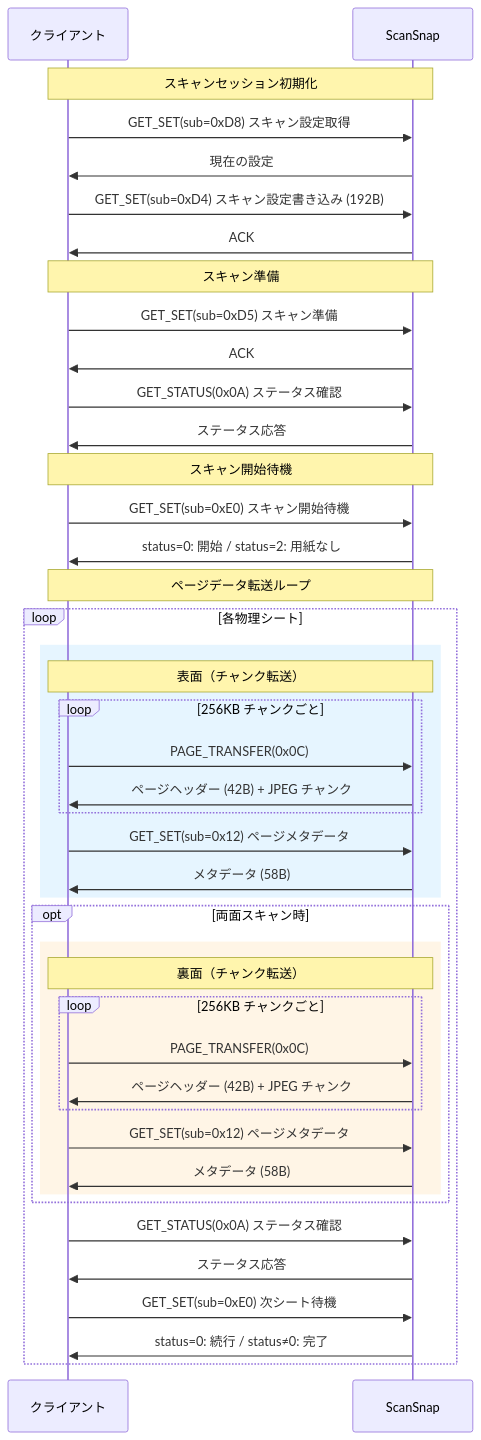
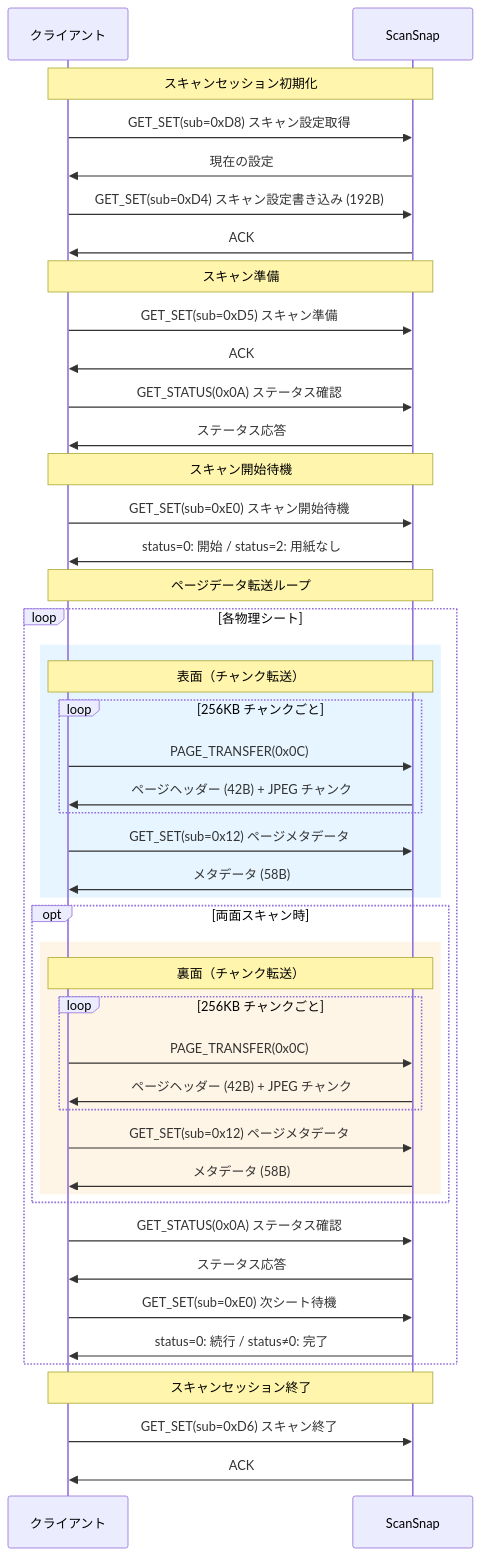
One commit to mzyy94/AirScap changed the third of 4 diagrams in protocol.md. Above: the diagram before and after it, drawn with Mermaid. The commit also changed other lines of this file and 6 other files, not shown here.

````diff
--- a/protocol.md
+++ b/protocol.md
@@ -701,49 +712,53 @@
 ```mermaid
 sequenceDiagram
     participant C as クライアント
     participant S as ScanSnap
 
     Note over C,S: スキャンセッション初期化
     C->>S: GET_SET(sub=0xD8) スキャン設定取得
     S->>C: 現在の設定
     C->>S: GET_SET(sub=0xD4) スキャン設定書き込み (192B)
     S->>C: ACK
 
     Note over C,S: スキャン準備
     C->>S: GET_SET(sub=0xD5) スキャン準備
     S->>C: ACK
     C->>S: GET_STATUS(0x0A) ステータス確認
     S->>C: ステータス応答
 
     Note over C,S: スキャン開始待機
     C->>S: GET_SET(sub=0xE0) スキャン開始待機
     S->>C: status=0: 開始 / status=2: 用紙なし
 
     Note over C,S: ページデータ転送ループ
     loop 各物理シート
         rect rgb(230, 245, 255)
             Note over C,S: 表面（チャンク転送）
             loop 256KB チャンクごと
                 C->>S: PAGE_TRANSFER(0x0C)
                 S->>C: ページヘッダー (42B) + JPEG チャンク
             end
             C->>S: GET_SET(sub=0x12) ページメタデータ
             S->>C: メタデータ (58B)
         end
         opt 両面スキャン時
             rect rgb(255, 245, 230)
                 Note over C,S: 裏面（チャンク転送）
                 loop 256KB チャンクごと
                     C->>S: PAGE_TRANSFER(0x0C)
                     S->>C: ページヘッダー (42B) + JPEG チャンク
                 end
                 C->>S: GET_SET(sub=0x12) ページメタデータ
                 S->>C: メタデータ (58B)
             end
         end
         C->>S: GET_STATUS(0x0A) ステータス確認
         S->>C: ステータス応答
         C->>S: GET_SET(sub=0xE0) 次シート待機
         S->>C: status=0: 続行 / status≠0: 完了
     end
+
+    Note over C,S: スキャンセッション終了
+    C->>S: GET_SET(sub=0xD6) スキャン終了
+    S->>C: ACK
 ```
````
